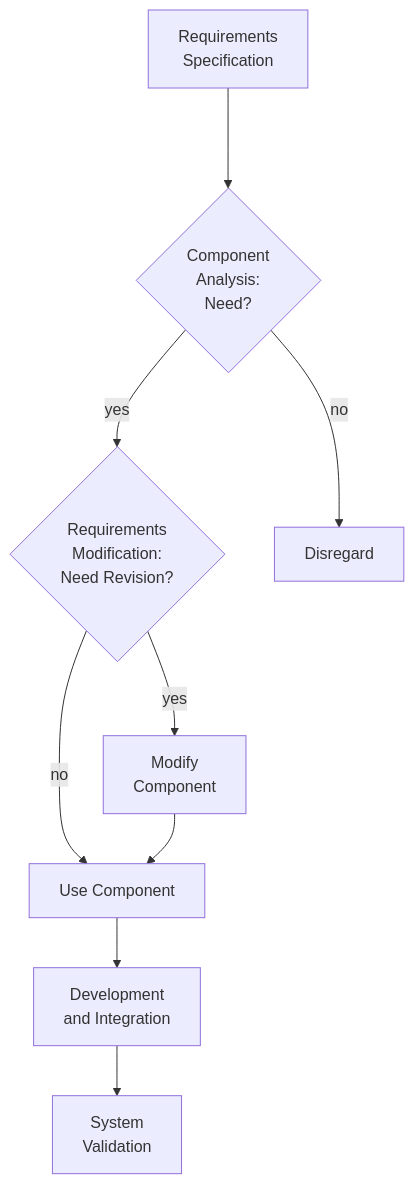
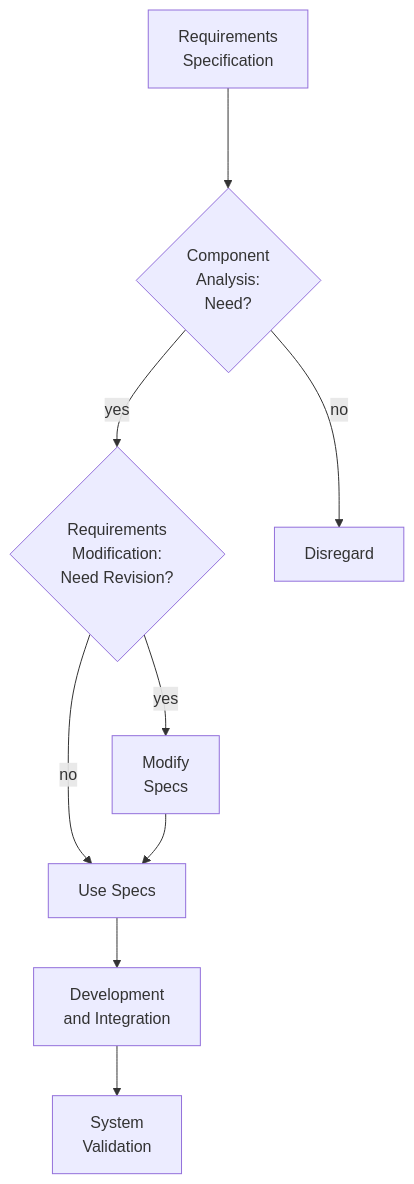
One commit to ngot8/APC_Lab2 changed the diagram in ngo_integration-configuration.md. Above: the diagram before and after it, drawn with Mermaid. The commit also changed other lines of this file, not shown here.

````diff
--- a/ngo_integration-configuration.md
+++ b/ngo_integration-configuration.md
@@ -1,14 +1,14 @@
 ```mermaid
 flowchart TD
     A[Requirements<br />Specification]--->B
     B{Component<br />Analysis:<br />Need?}-->|yes|C
     B-->|no|D
     C{Requirements<br />Modification:<br />Need Revision?}-->|yes|E
     D[Disregard]
-    E[Modify<br />Component]
+    E[Modify<br />Specs]
     C-->|no|F
-    F[Use Component]
+    F[Use Specs]
     E-->F
     F-->G[Development<br />and Integration]
     G-->H[System<br />Validation]
 ```
````
